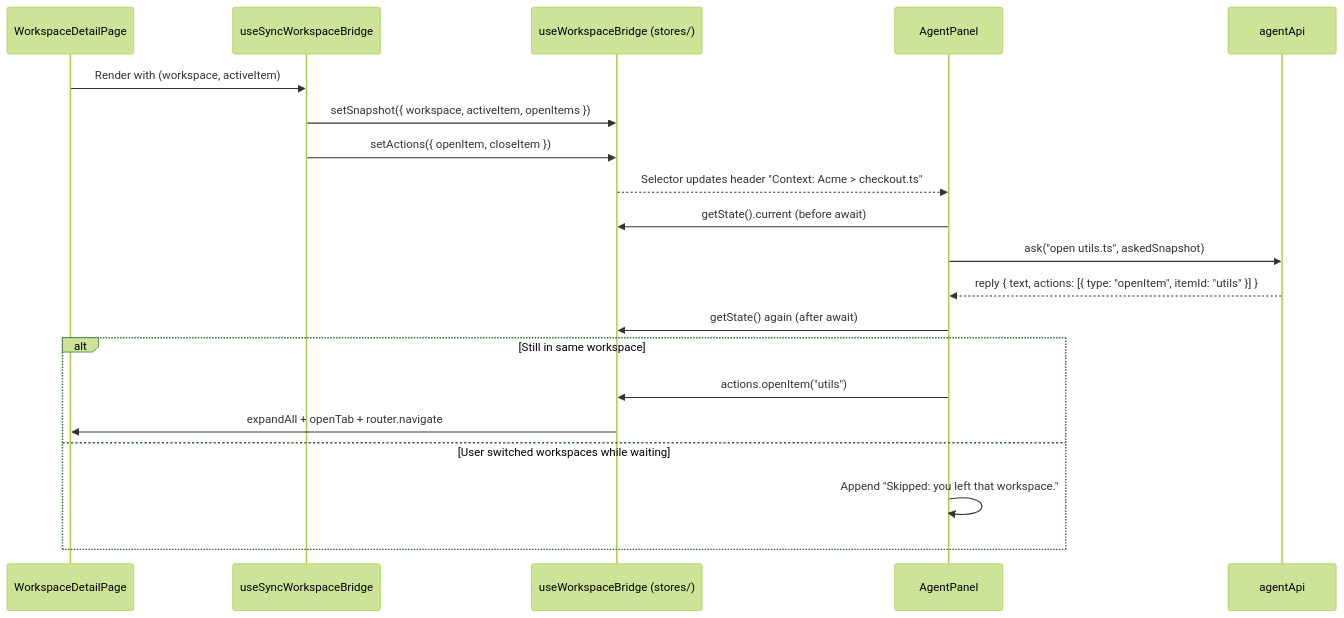
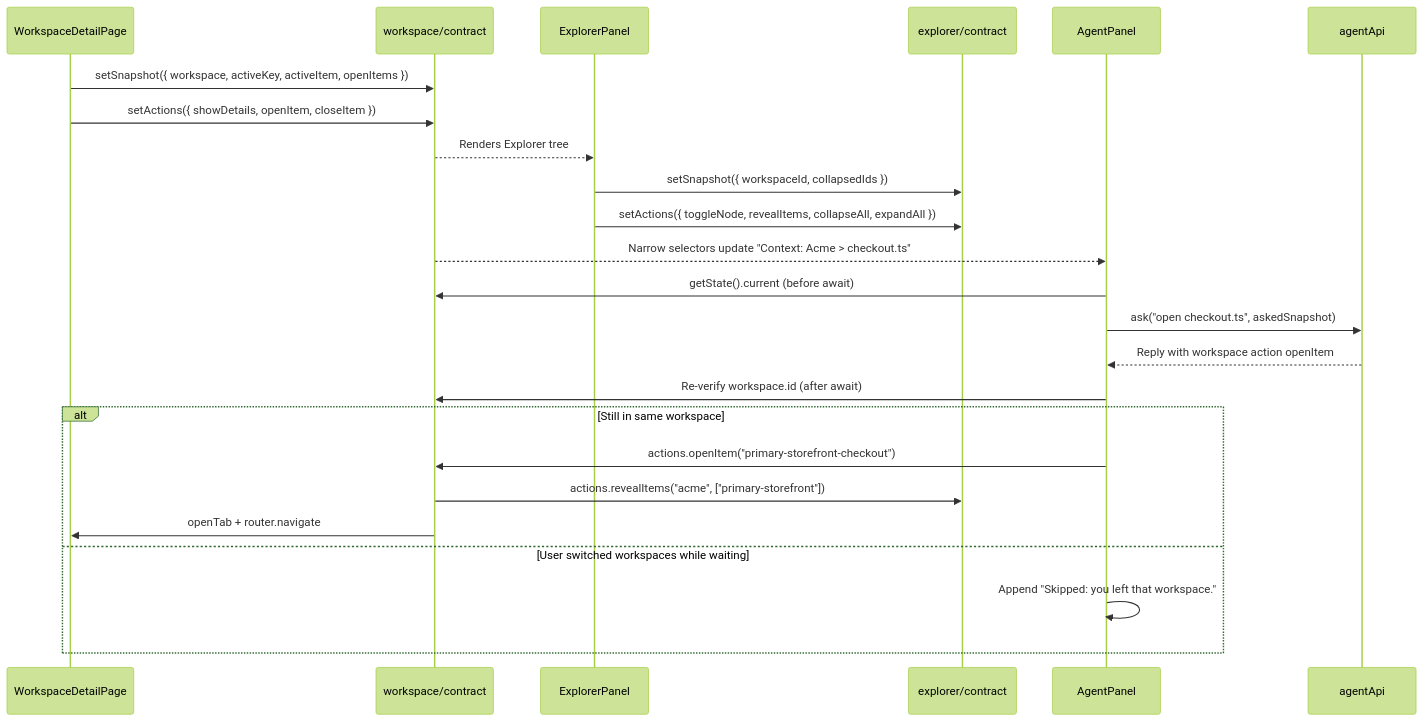
One commit to ppongtong/ide-shell changed the eighth of 12 diagrams in docs/DESIGN.md. Above: the diagram before and after it, drawn with Mermaid (forest theme). The commit also changed other lines of this file, not shown here.

Commit message:
Fix Mermaid sequenceDiagram syntax and sync DESIGN.md with plugin contracts

````diff
--- a/docs/DESIGN.md
+++ b/docs/DESIGN.md
@@ -317,24 +309,28 @@
 ```mermaid
 sequenceDiagram
     participant Page as WorkspaceDetailPage
-    participant Hook as useSyncWorkspaceBridge
-    participant Bridge as useWorkspaceBridge (stores/)
+    participant WsC as workspace/contract
+    participant Exp as ExplorerPanel
+    participant ExpC as explorer/contract
     participant Agent as AgentPanel
     participant API as agentApi
 
-    Page->>Hook: Render with (workspace, activeItem)
-    Hook->>Bridge: setSnapshot({ workspace, activeItem, openItems })
-    Hook->>Bridge: setActions({ openItem, closeItem })
-    Bridge-->>Agent: Selector updates header "Context: Acme > checkout.ts"
+    Page->>WsC: setSnapshot({ workspace, activeKey, activeItem, openItems })
+    Page->>WsC: setActions({ showDetails, openItem, closeItem })
+    WsC-->>Exp: Renders Explorer tree
+    Exp->>ExpC: setSnapshot({ workspaceId, collapsedIds })
+    Exp->>ExpC: setActions({ toggleNode, revealItems, collapseAll, expandAll })
+    WsC-->>Agent: Narrow selectors update "Context: Acme > checkout.ts"
 
-    Agent->>Bridge: getState().current (before await)
-    Agent->>API: ask("open utils.ts", askedSnapshot)
-    API-->>Agent: reply { text, actions: [{ type: "openItem", itemId: "utils" }] }
-    Agent->>Bridge: getState() again (after await)
+    Agent->>WsC: getState().current (before await)
+    Agent->>API: ask("open checkout.ts", askedSnapshot)
+    API-->>Agent: Reply with workspace action openItem
+    Agent->>WsC: Re-verify workspace.id (after await)
     alt Still in same workspace
-      Agent->>Bridge: actions.openItem("utils")
-      Bridge->>Page: expandAll + openTab + router.navigate
+      Agent->>WsC: actions.openItem("primary-storefront-checkout")
+      WsC->>ExpC: actions.revealItems("acme", ["primary-storefront"])
+      WsC->>Page: openTab + router.navigate
     else User switched workspaces while waiting
       Agent->>Agent: Append "Skipped: you left that workspace."
     end
 ```
````
